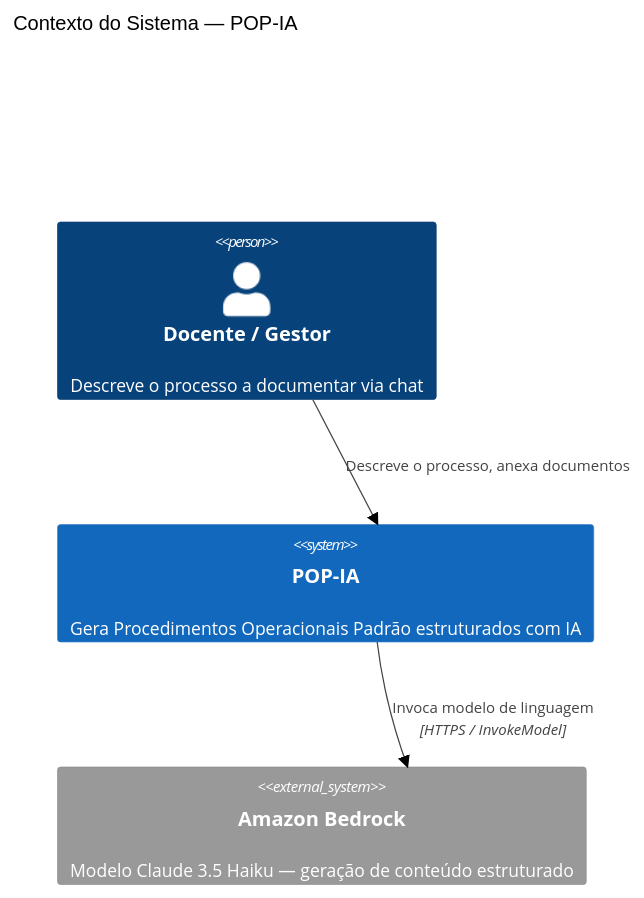
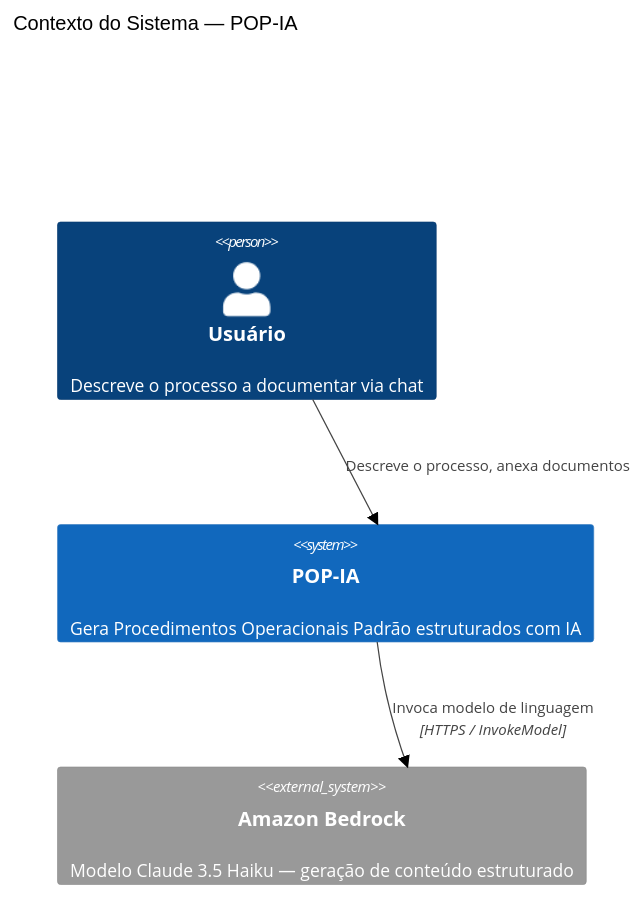
The first of 5 diagrams in README.md (rafae1xavier/pop-ia), drawn with Mermaid (neutral theme) before and after one commit. The commit also changed other lines of this file, not shown here.

Commit message:
docs: substituir Docente/Gestor por Usuário nos diagramas

````diff
--- a/README.md
+++ b/README.md
@@ -11,13 +11,13 @@
 ```mermaid
 C4Context
   title Contexto do Sistema — POP-IA
 
-  Person(usuario, "Docente / Gestor", "Descreve o processo a documentar via chat")
+  Person(usuario, "Usuário", "Descreve o processo a documentar via chat")
 
   System(pop_ia, "POP-IA", "Gera Procedimentos Operacionais Padrão estruturados com IA")
 
   System_Ext(bedrock, "Amazon Bedrock", "Modelo Claude 3.5 Haiku — geração de conteúdo estruturado")
 
   Rel(usuario, pop_ia, "Descreve o processo, anexa documentos")
   Rel(pop_ia, bedrock, "Invoca modelo de linguagem", "HTTPS / InvokeModel")
 ```
````
